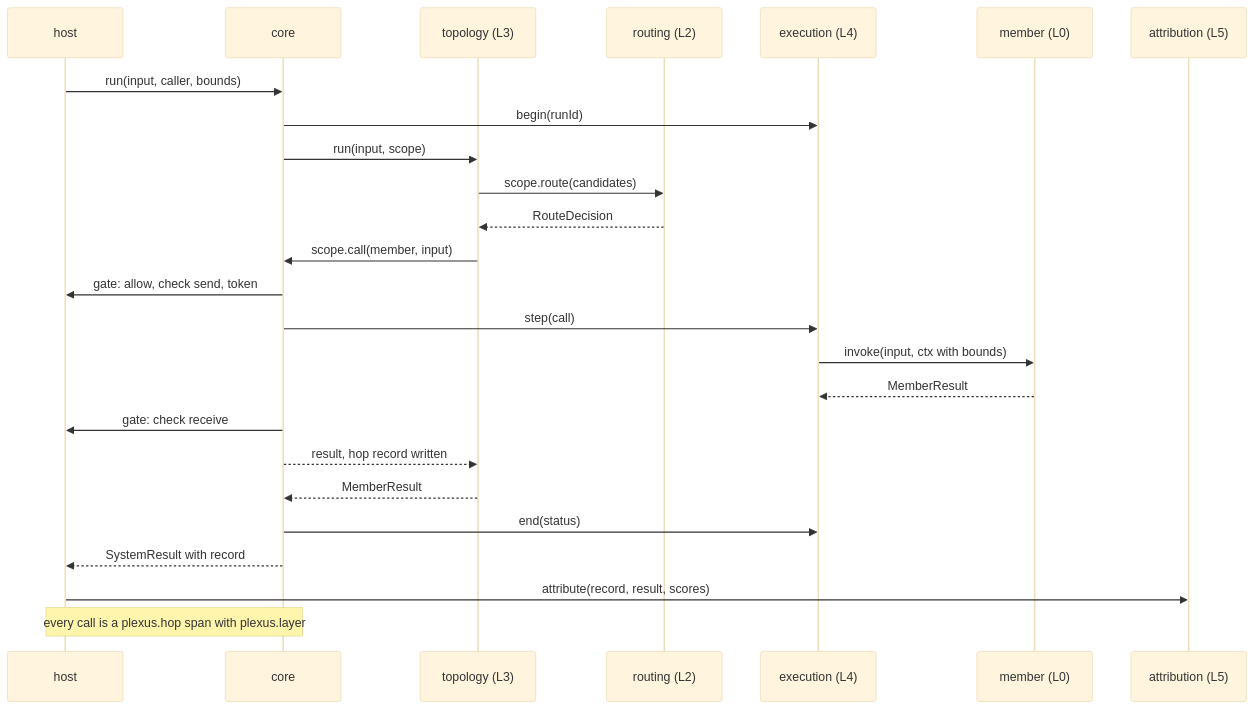
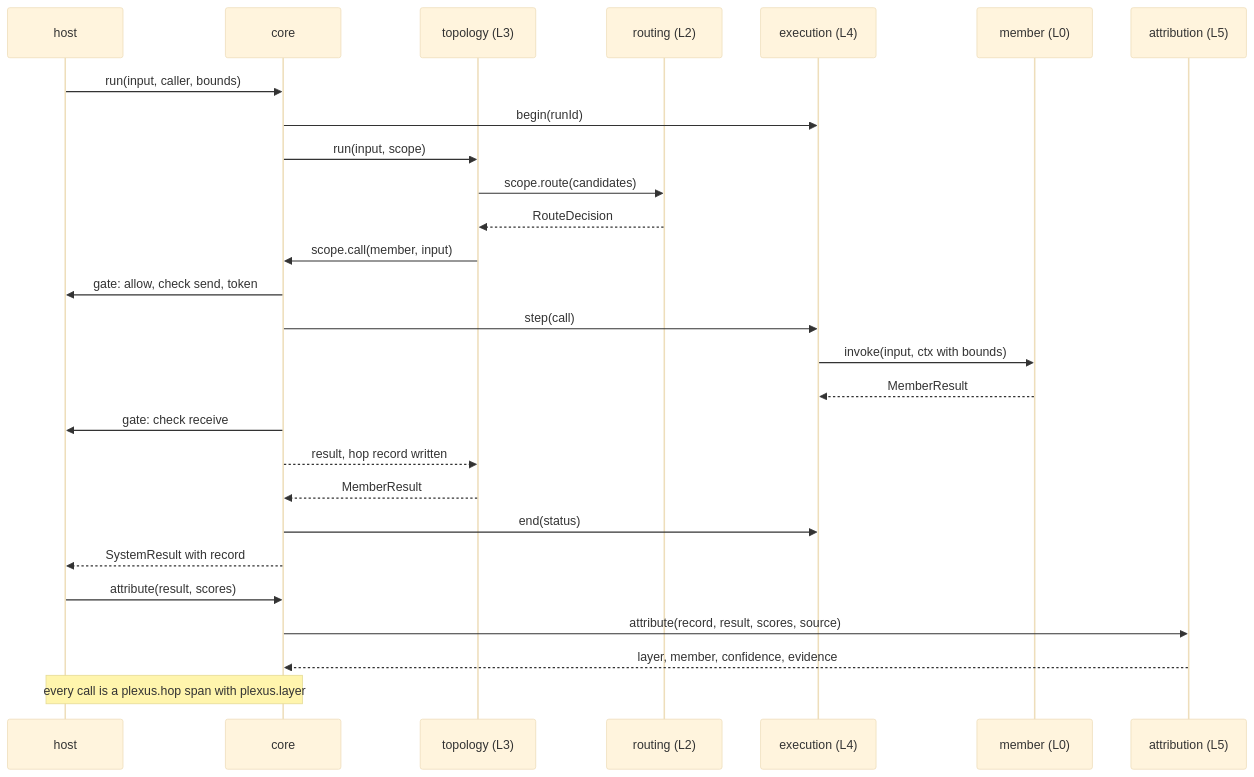
Before and after one commit to aantenore/agent-plexus: the second of 2 diagrams in docs/architecture.md, drawn with Mermaid (base theme). The commit also changed other lines of this file and 10 other files, not shown here.

First line of the commit message:
docs: system figure and diagrams in the agent-layers style

````diff
--- a/docs/architecture.md
+++ b/docs/architecture.md
@@ -164,27 +165,29 @@
 ```mermaid
 sequenceDiagram
   participant host
   participant core
   participant topology as topology (L3)
   participant routing as routing (L2)
   participant execution as execution (L4)
   participant member as member (L0)
   participant attribution as attribution (L5)
   host->>core: run(input, caller, bounds)
   core->>execution: begin(runId)
   core->>topology: run(input, scope)
   topology->>routing: scope.route(candidates)
   routing-->>topology: RouteDecision
   topology->>core: scope.call(member, input)
   core->>host: gate: allow, check send, token
   core->>execution: step(call)
   execution->>member: invoke(input, ctx with bounds)
   member-->>execution: MemberResult
   core->>host: gate: check receive
   core-->>topology: result, hop record written
   topology-->>core: MemberResult
   core->>execution: end(status)
   core-->>host: SystemResult with record
-  host->>attribution: attribute(record, result, scores)
+  host->>core: attribute(result, scores)
+  core->>attribution: attribute(record, result, scores, source)
+  attribution-->>core: layer, member, confidence, evidence
   Note over core,host: every call is a plexus.hop span with plexus.layer
 ```
````
